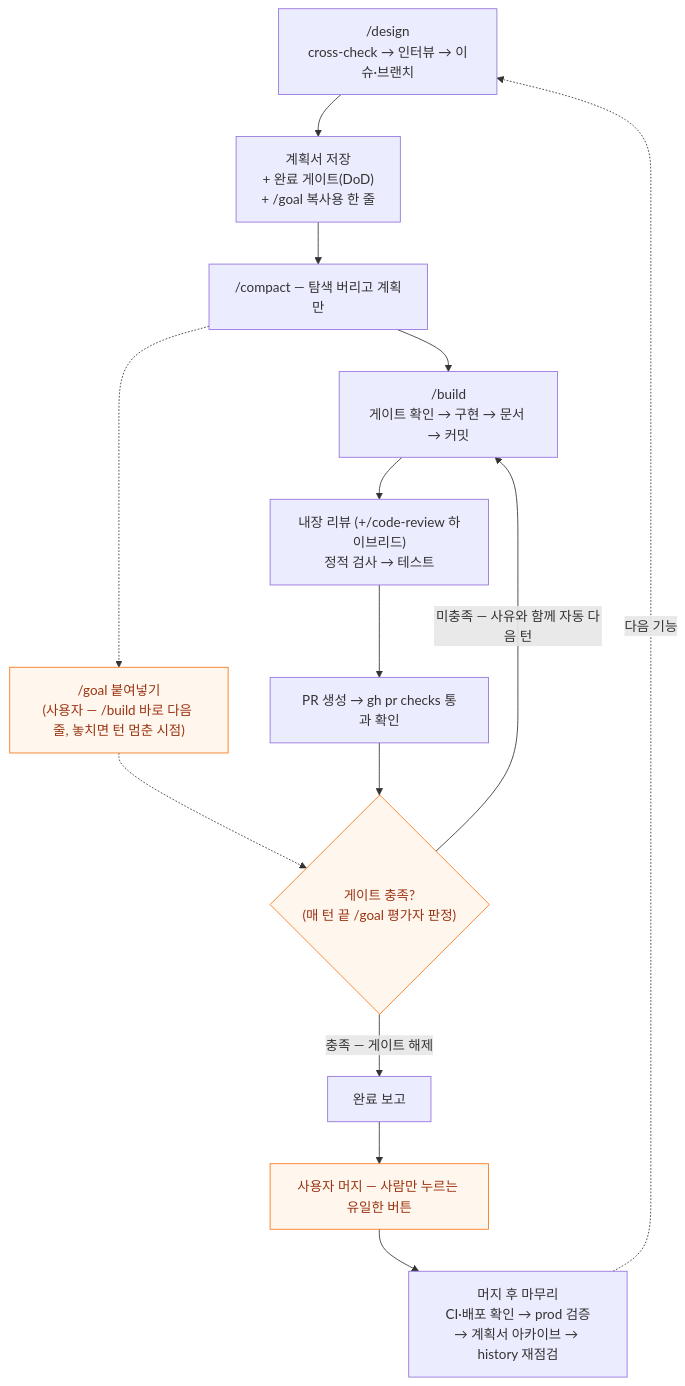
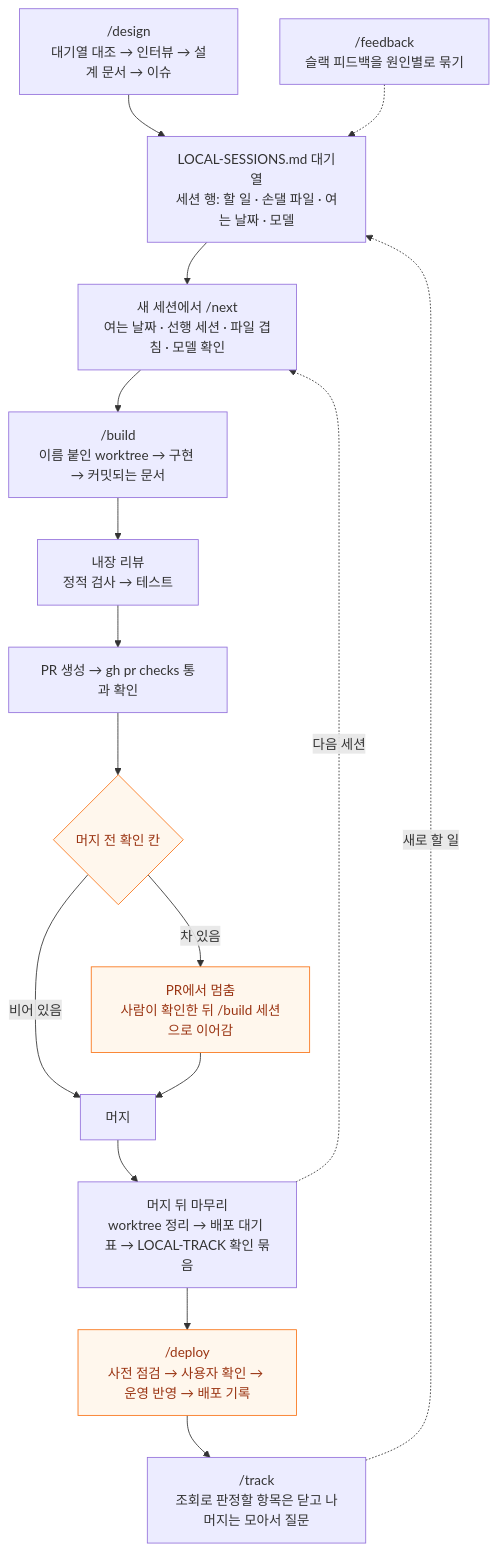
One commit to hyewon3938/build-with-ai changed the diagram in workflow/system-map.md. Above: the diagram before and after it, drawn with Mermaid. The commit also changed other lines of this file and 3 other files, not shown here.

````diff
--- a/workflow/system-map.md
+++ b/workflow/system-map.md
@@ -82,19 +83,21 @@
 ```mermaid
 graph TD
-    A["/design<br/>cross-check → 인터뷰 → 이슈·브랜치"] --> B["계획서 저장<br/>+ 완료 게이트(DoD)<br/>+ /goal 복사용 한 줄"]
-    B --> C["/compact — 탐색 버리고 계획만"]
-    C --> D["/build<br/>게이트 확인 → 구현 → 문서 → 커밋"]
-    C -.-> G["/goal 붙여넣기<br/>(사용자 — /build 바로 다음 줄, 놓치면 턴 멈춘 시점)"]
-    G -.-> H
-    D --> E["내장 리뷰 (+/code-review 하이브리드)<br/>정적 검사 → 테스트"]
+    A["/design<br/>대기열 대조 → 인터뷰 → 설계 문서 → 이슈"] --> B["LOCAL-SESSIONS.md 대기열<br/>세션 행: 할 일 · 손댈 파일 · 여는 날짜 · 모델"]
+    B --> C["새 세션에서 /next<br/>여는 날짜 · 선행 세션 · 파일 겹침 · 모델 확인"]
+    C --> D["/build<br/>이름 붙인 worktree → 구현 → 커밋되는 문서"]
+    D --> E["내장 리뷰<br/>정적 검사 → 테스트"]
     E --> F["PR 생성 → gh pr checks 통과 확인"]
-    F --> H{"게이트 충족?<br/>(매 턴 끝 /goal 평가자 판정)"}
-    H -->|미충족 — 사유와 함께 자동 다음 턴| D
-    H -->|충족 — 게이트 해제| I["완료 보고"]
-    I --> J["사용자 머지 — 사람만 누르는 유일한 버튼"]
-    J --> K["머지 후 마무리<br/>CI·배포 확인 → prod 검증<br/>→ 계획서 아카이브 → history 재점검"]
-    K -.다음 기능.-> A
+    F --> G{"머지 전 확인 칸"}
+    G -->|비어 있음| H["머지"]
+    G -->|차 있음| P["PR에서 멈춤<br/>사람이 확인한 뒤 /build 세션으로 이어감"]
+    P --> H
+    H --> I["머지 뒤 마무리<br/>worktree 정리 → 배포 대기 표 → LOCAL-TRACK 확인 묶음"]
+    I -.다음 세션.-> C
+    I --> J["/deploy<br/>사전 점검 → 사용자 확인 → 운영 반영 → 배포 기록"]
+    J --> K["/track<br/>조회로 판정할 항목은 닫고 나머지는 모아서 질문"]
+    K -.새로 할 일.-> B
+    L["/feedback<br/>슬랙 피드백을 원인별로 묶기"] -.-> B
 
     classDef gate fill:#fff7ed,stroke:#f97316,color:#9a3412
-    class G,H,J gate
+    class G,P,J gate
 ```
````
